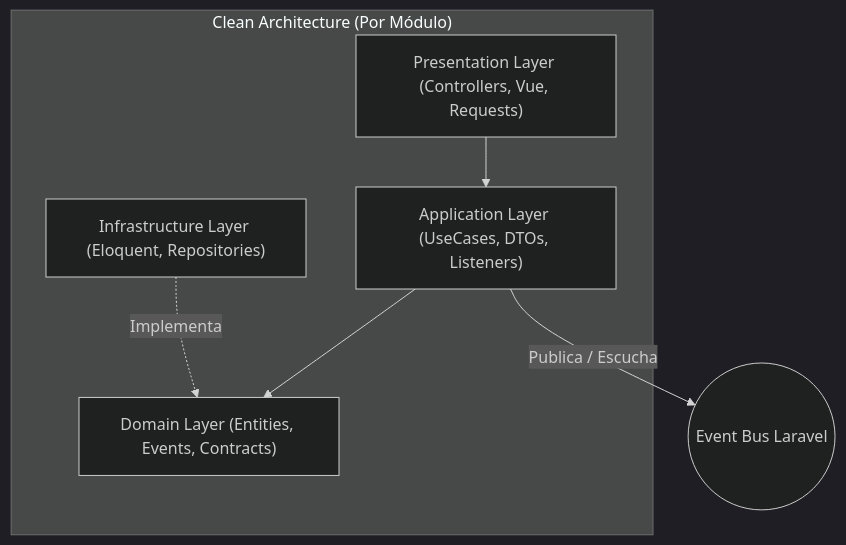
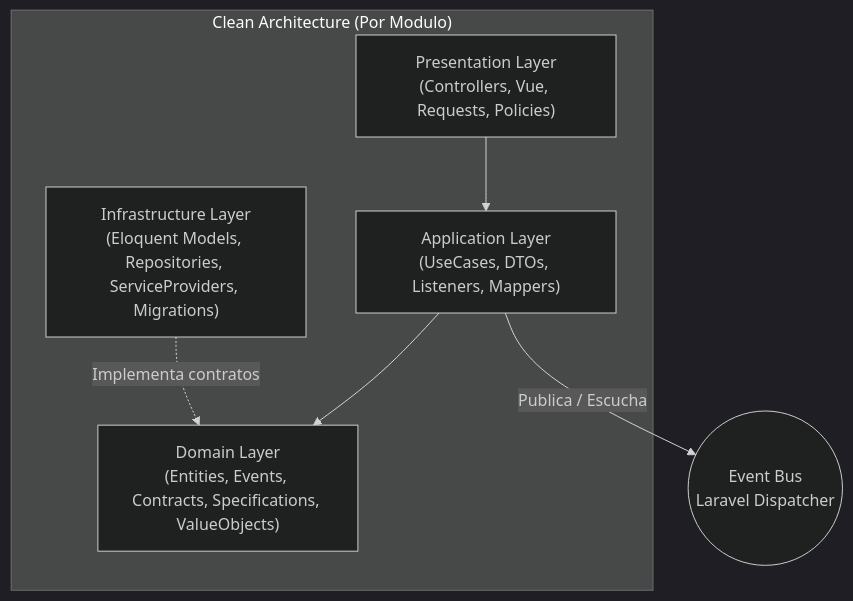
Diagram 11 of 11 in docs/00-ARQUITECTURA.md (Chester0802/EpycusApp), drawn with Mermaid (dark theme) before and after one commit. The commit also changed other lines of this file and 101 other files, not shown here.

````diff
--- a/docs/00-ARQUITECTURA.md
+++ b/docs/00-ARQUITECTURA.md
@@ -846,16 +818,16 @@
 ```mermaid
 flowchart TD
-    subgraph CleanArchitecture ["Clean Architecture (Por Módulo)"]
-        Presentation["Presentation Layer (Controllers, Vue, Requests)"]
-        Application["Application Layer (UseCases, DTOs, Listeners)"]
-        Domain["Domain Layer (Entities, Events, Contracts)"]
-        Infrastructure["Infrastructure Layer (Eloquent, Repositories)"]
+    subgraph CleanArchitecture ["Clean Architecture (Por Modulo)"]
+        Presentation["Presentation Layer\n(Controllers, Vue, Requests, Policies)"]
+        Application["Application Layer\n(UseCases, DTOs, Listeners, Mappers)"]
+        Domain["Domain Layer\n(Entities, Events, Contracts, Specifications, ValueObjects)"]
+        Infrastructure["Infrastructure Layer\n(Eloquent Models, Repositories, ServiceProviders, Migrations)"]
     end
-    
-    EventBus(("Event Bus Laravel"))
+
+    EventBus(("Event Bus\nLaravel Dispatcher"))
 
     Presentation --> Application
     Application --> Domain
-    Infrastructure -. Implementa .-> Domain
+    Infrastructure -. Implementa contratos .-> Domain
     Application -- Publica / Escucha --> EventBus
 ```
````
